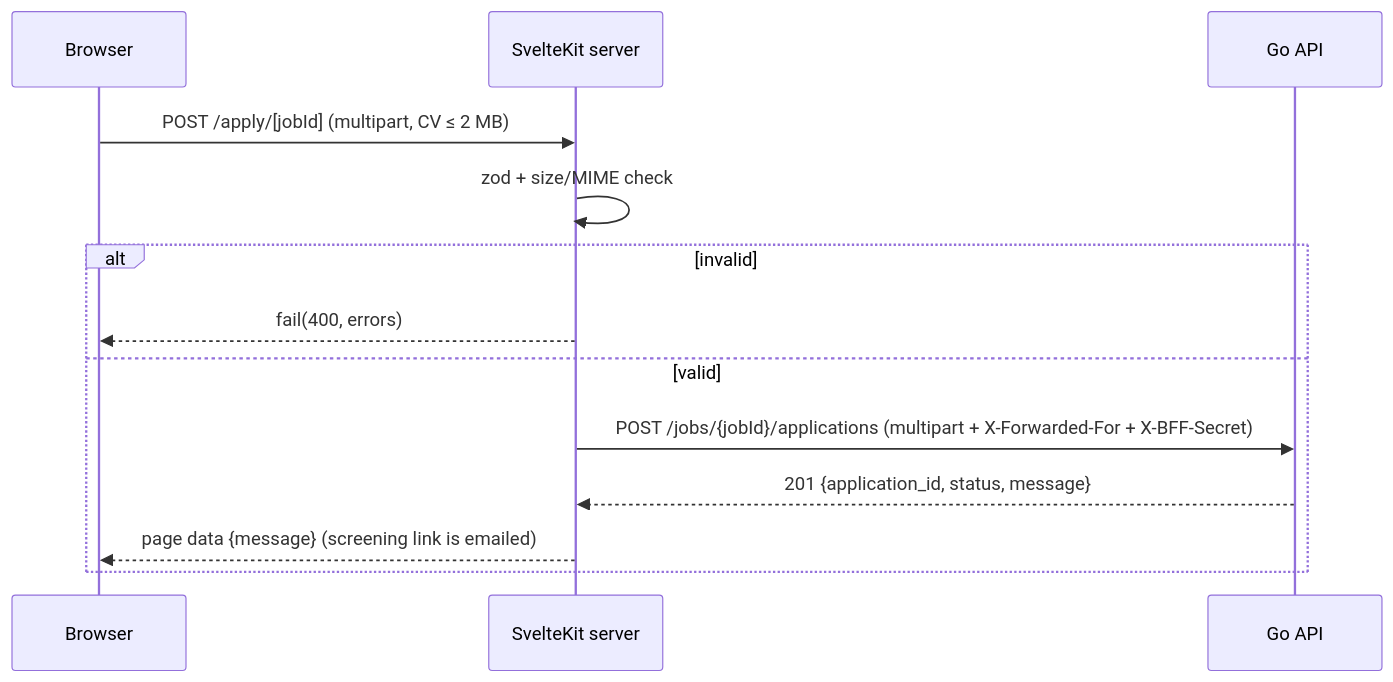
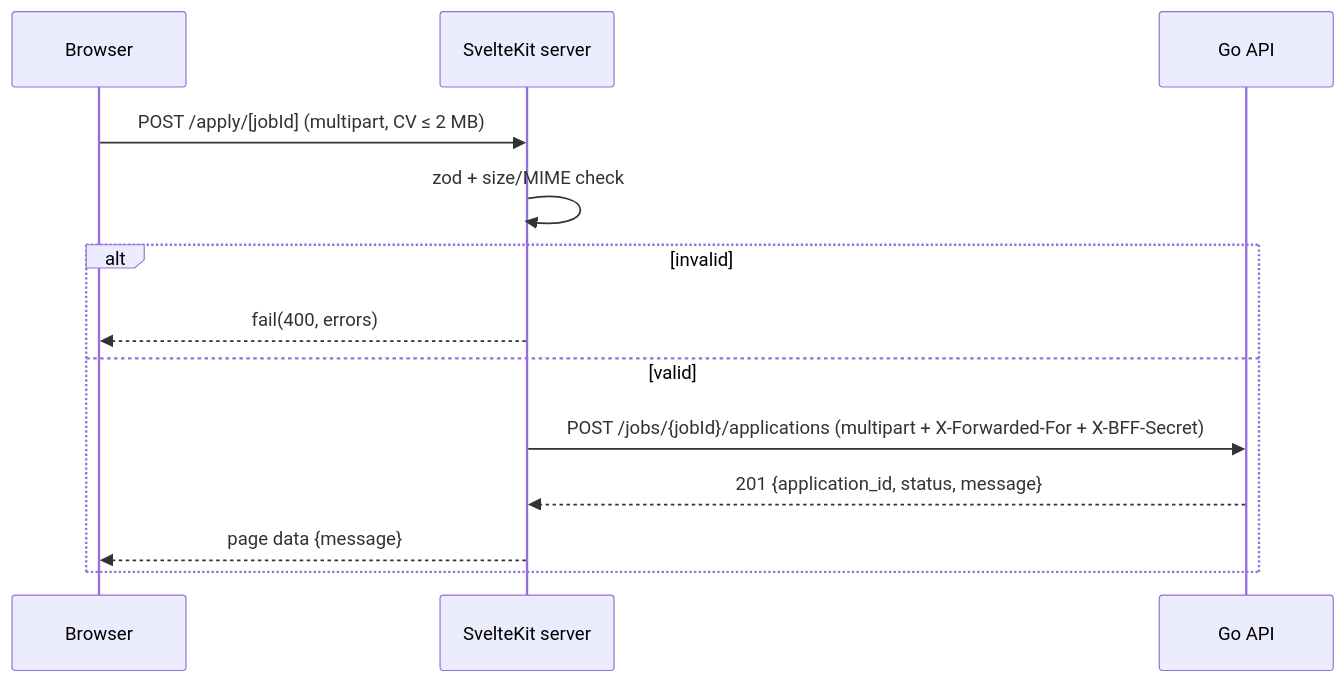
The second of 3 diagrams in docs/SERVER-SIDE.md (aangwijaya/talent-scout-client), drawn with Mermaid before and after one commit. The commit also changed other lines of this file and 7 other files, not shown here.

````diff
--- a/docs/SERVER-SIDE.md
+++ b/docs/SERVER-SIDE.md
@@ -149,15 +150,15 @@
 ```mermaid
 sequenceDiagram
   participant B as Browser
   participant K as SvelteKit server
   participant G as Go API
   B->>K: POST /apply/[jobId] (multipart, CV ≤ 2 MB)
   K->>K: zod + size/MIME check
   alt invalid
     K-->>B: fail(400, errors)
   else valid
     K->>G: POST /jobs/{jobId}/applications (multipart + X-Forwarded-For + X-BFF-Secret)
     G-->>K: 201 {application_id, status, message}
-    K-->>B: page data {message} (screening link is emailed)
+    K-->>B: page data {message}
   end
 ```
````
